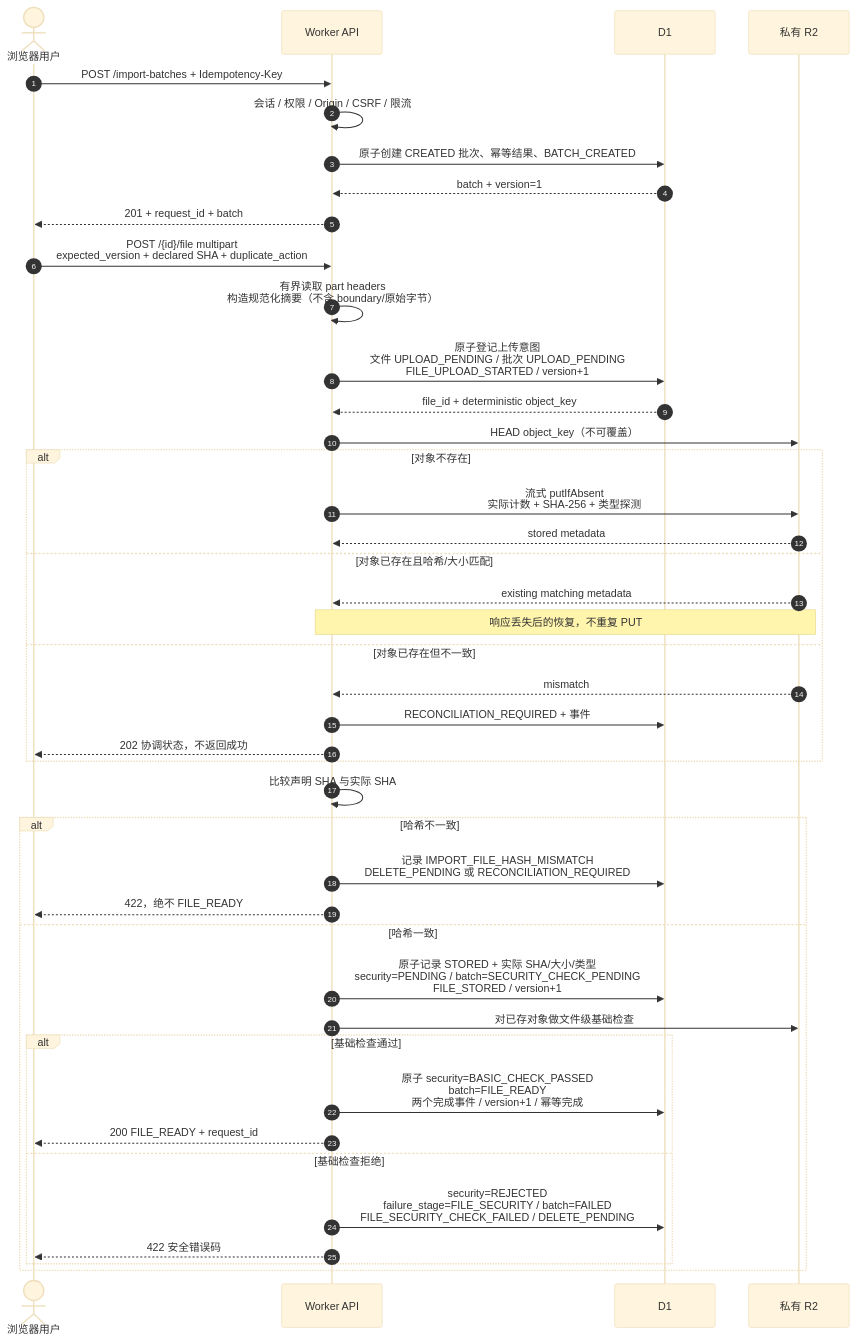
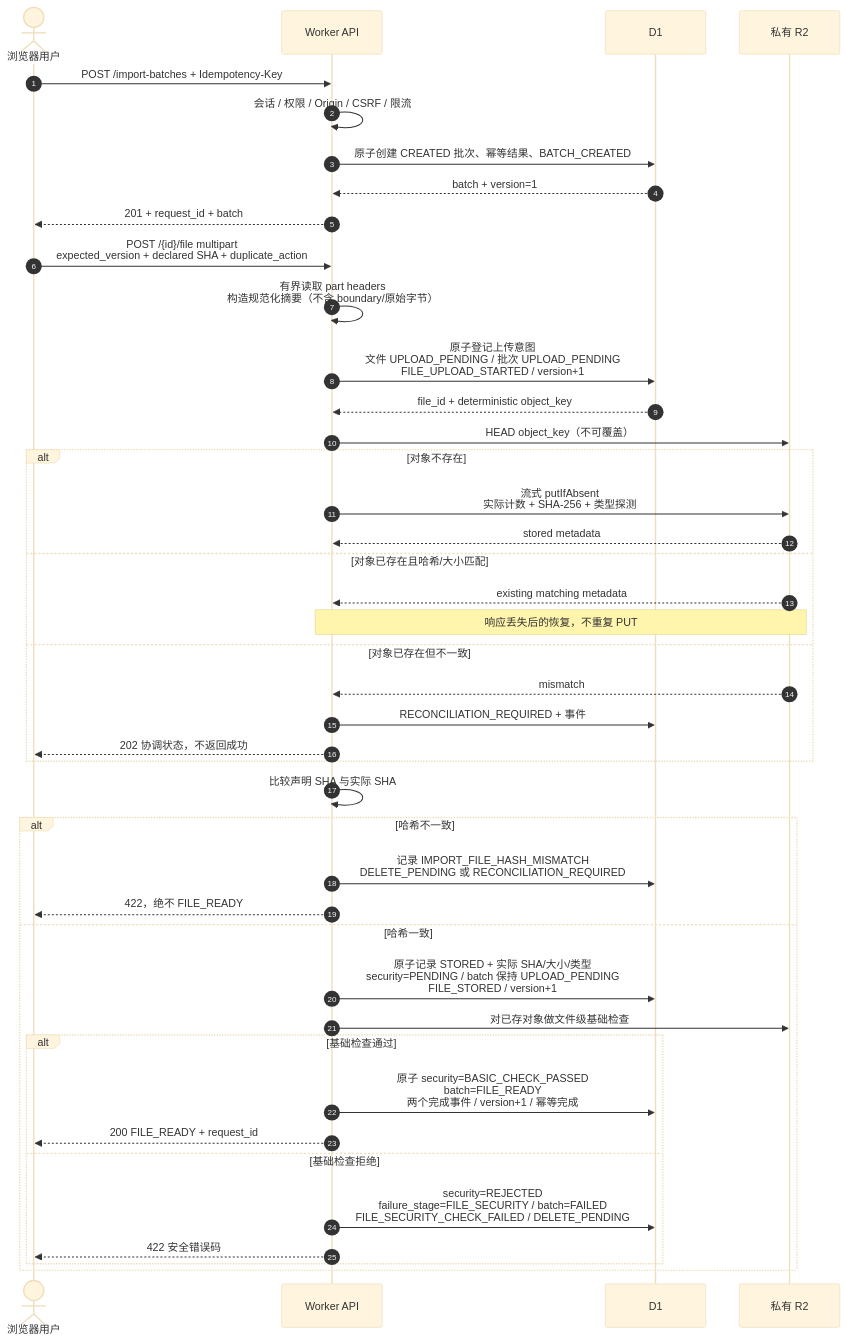
One commit to 3443176848/chenyida changed the second of 7 diagrams in docs/material-master/material-import-batch-v1-flow.md. Above: the diagram before and after it, drawn with Mermaid (base theme). The commit also changed other lines of this file and 24 other files, not shown here.

````diff
--- a/docs/material-master/material-import-batch-v1-flow.md
+++ b/docs/material-master/material-import-batch-v1-flow.md
@@ -44,47 +44,47 @@
 ```mermaid
 sequenceDiagram
     autonumber
     actor U as 浏览器用户
     participant W as Worker API
     participant D as D1
     participant R as 私有 R2
 
     U->>W: POST /import-batches + Idempotency-Key
     W->>W: 会话 / 权限 / Origin / CSRF / 限流
     W->>D: 原子创建 CREATED 批次、幂等结果、BATCH_CREATED
     D-->>W: batch + version=1
     W-->>U: 201 + request_id + batch
 
     U->>W: POST /{id}/file multipart<br/>expected_version + declared SHA + duplicate_action
     W->>W: 有界读取 part headers<br/>构造规范化摘要（不含 boundary/原始字节）
     W->>D: 原子登记上传意图<br/>文件 UPLOAD_PENDING / 批次 UPLOAD_PENDING<br/>FILE_UPLOAD_STARTED / version+1
     D-->>W: file_id + deterministic object_key
     W->>R: HEAD object_key（不可覆盖）
     alt 对象不存在
         W->>R: 流式 putIfAbsent<br/>实际计数 + SHA-256 + 类型探测
         R-->>W: stored metadata
     else 对象已存在且哈希/大小匹配
         R-->>W: existing matching metadata
         Note over W,R: 响应丢失后的恢复，不重复 PUT
     else 对象已存在但不一致
         R-->>W: mismatch
         W->>D: RECONCILIATION_REQUIRED + 事件
         W-->>U: 202 协调状态，不返回成功
     end
 
     W->>W: 比较声明 SHA 与实际 SHA
     alt 哈希不一致
         W->>D: 记录 IMPORT_FILE_HASH_MISMATCH<br/>DELETE_PENDING 或 RECONCILIATION_REQUIRED
         W-->>U: 422，绝不 FILE_READY
     else 哈希一致
-        W->>D: 原子记录 STORED + 实际 SHA/大小/类型<br/>security=PENDING / batch=SECURITY_CHECK_PENDING<br/>FILE_STORED / version+1
+        W->>D: 原子记录 STORED + 实际 SHA/大小/类型<br/>security=PENDING / batch 保持 UPLOAD_PENDING<br/>FILE_STORED / version+1
         W->>R: 对已存对象做文件级基础检查
         alt 基础检查通过
             W->>D: 原子 security=BASIC_CHECK_PASSED<br/>batch=FILE_READY<br/>两个完成事件 / version+1 / 幂等完成
             W-->>U: 200 FILE_READY + request_id
         else 基础检查拒绝
             W->>D: security=REJECTED<br/>failure_stage=FILE_SECURITY / batch=FAILED<br/>FILE_SECURITY_CHECK_FAILED / DELETE_PENDING
             W-->>U: 422 安全错误码
         end
     end
 ```
````
